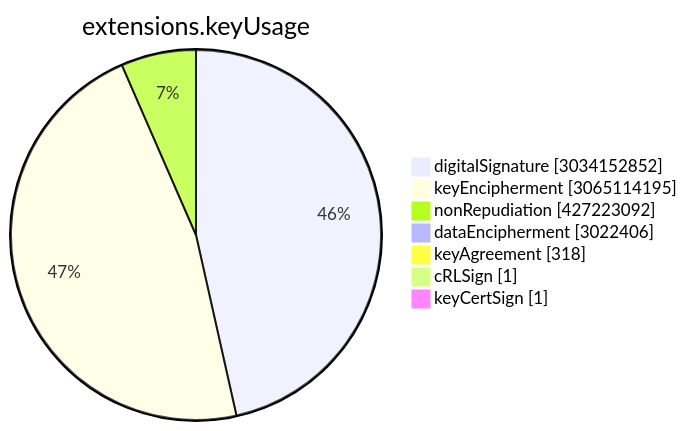
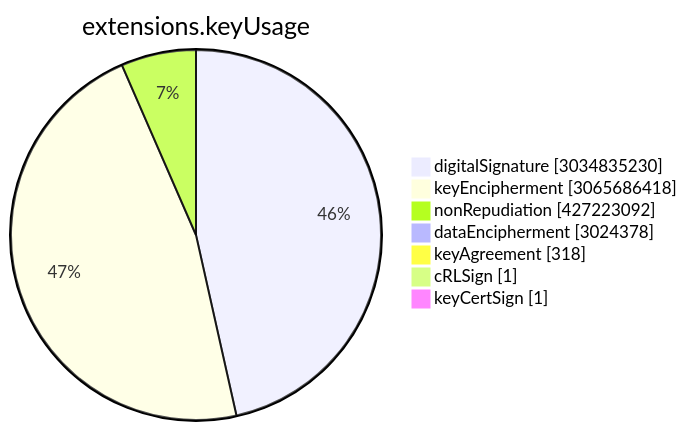
The sixth of 15 diagrams in TOTAL/README.md (christiankrug/ctmonitor_visualization), drawn with Mermaid before and after one commit. The commit also changed other lines of this file, not shown here.

````diff
--- a/TOTAL/README.md
+++ b/TOTAL/README.md
@@ -3075,11 +3075,11 @@
 ```mermaid
 pie showData
 title extensions.keyUsage
-"digitalSignature" :3034152852
-"keyEncipherment" :3065114195
+"digitalSignature" :3034835230
+"keyEncipherment" :3065686418
 "nonRepudiation" :427223092
-"dataEncipherment" :3022406
+"dataEncipherment" :3024378
 "keyAgreement" :318
 "cRLSign" :1
 "keyCertSign" :1
 ```
````
